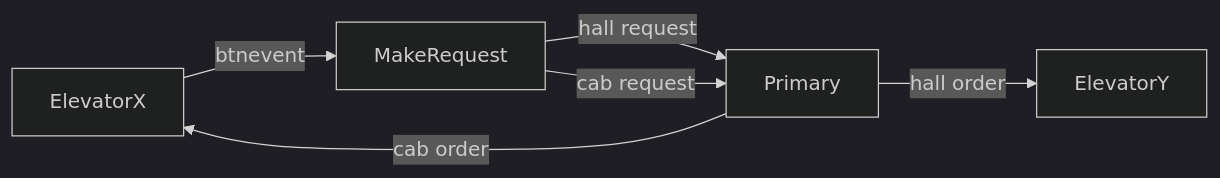
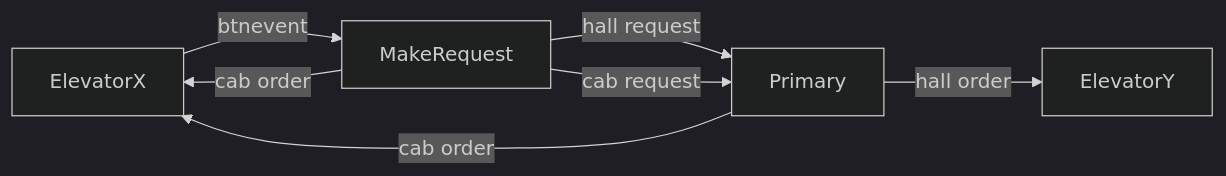
One commit to SondreHauk/TTK4145-Sanntid changed the first of 3 diagrams in README.md. Above: the diagram before and after it, drawn with Mermaid (dark theme). The commit also changed other lines of this file, not shown here.

````diff
--- a/README.md
+++ b/README.md
@@ -31,8 +31,9 @@
 ```mermaid
 graph LR;
     ElevatorX -- btnevent --> MakeRequest;
     MakeRequest -- hall request --> Primary;
     Primary -- hall order --> ElevatorY;
     MakeRequest -- cab request --> Primary;
+    MakeRequest -- cab order --> ElevatorX;
     Primary -- cab order --> ElevatorX;
 ```
````
